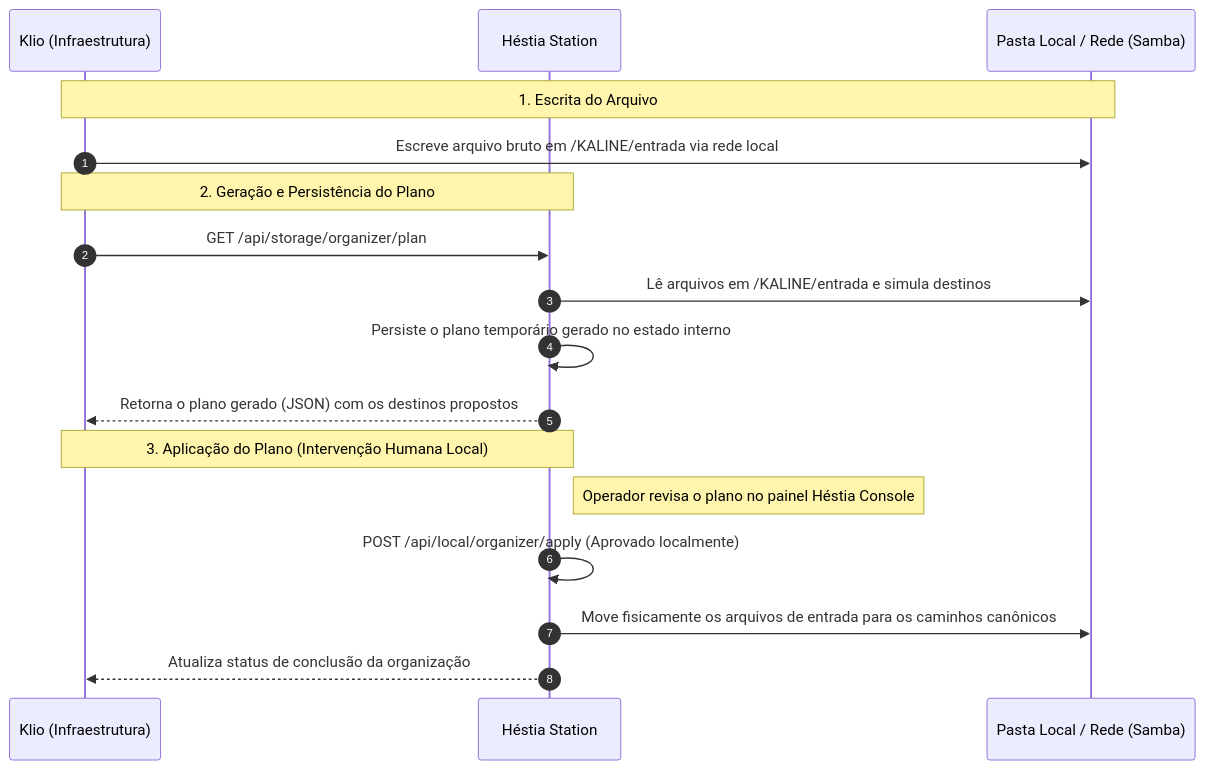
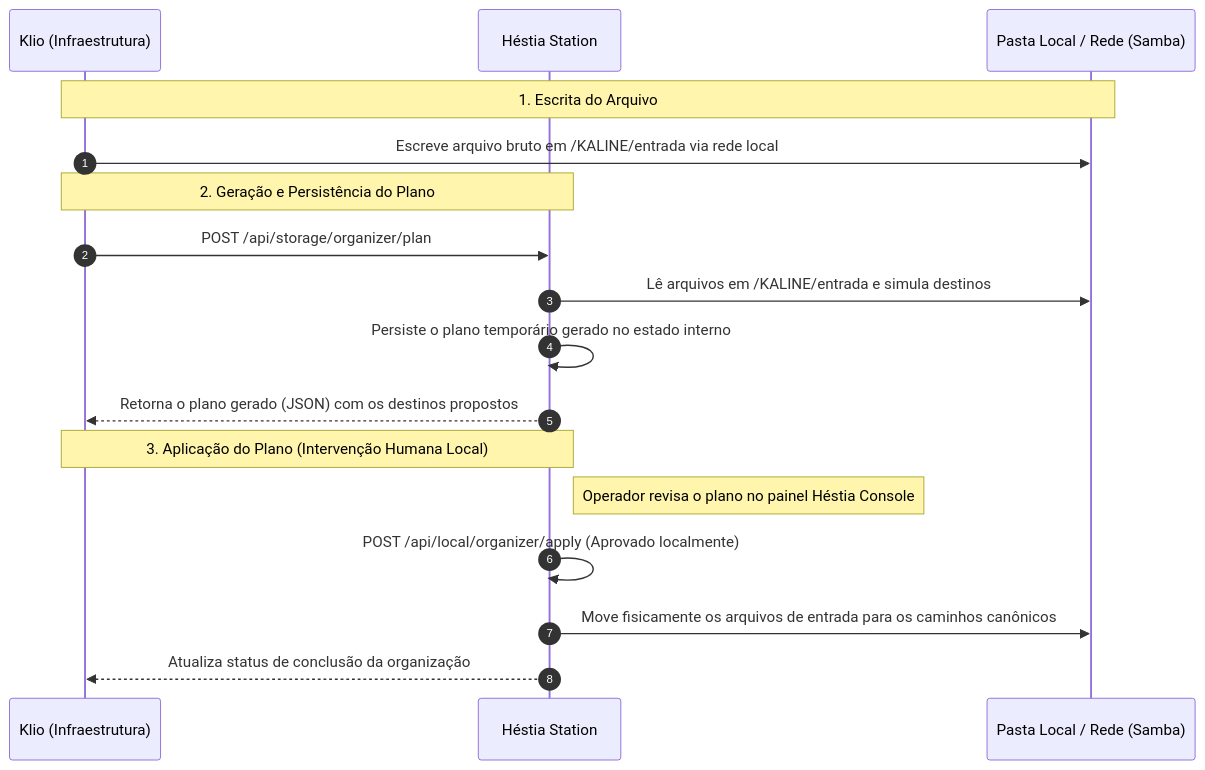
The diagram in docs/architecture/HESTIA_KLIO_CONTRACT.md (Tonyus-dev/hestia), drawn with Mermaid before and after one commit. The commit also changed 13 other files, not shown here.

````diff
--- a/docs/architecture/HESTIA_KLIO_CONTRACT.md
+++ b/docs/architecture/HESTIA_KLIO_CONTRACT.md
@@ -87,20 +87,20 @@
 ```mermaid
 sequenceDiagram
     autonumber
     participant K as Klio (Infraestrutura)
     participant H as Héstia Station
     participant S as Pasta Local / Rede (Samba)
 
     Note over K,S: 1. Escrita do Arquivo
     K->>S: Escreve arquivo bruto em /KALINE/entrada via rede local
     Note over K,H: 2. Geração e Persistência do Plano
-    K->>H: GET /api/storage/organizer/plan
+    K->>H: POST /api/storage/organizer/plan
     H->>S: Lê arquivos em /KALINE/entrada e simula destinos
     H->>H: Persiste o plano temporário gerado no estado interno
     H-->>K: Retorna o plano gerado (JSON) com os destinos propostos
     Note over K,H: 3. Aplicação do Plano (Intervenção Humana Local)
     Note right of H: Operador revisa o plano no painel Héstia Console
     H->>H: POST /api/local/organizer/apply (Aprovado localmente)
     H->>S: Move fisicamente os arquivos de entrada para os caminhos canônicos
     H-->>K: Atualiza status de conclusão da organização
 ```
````
